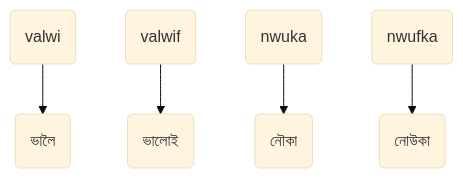
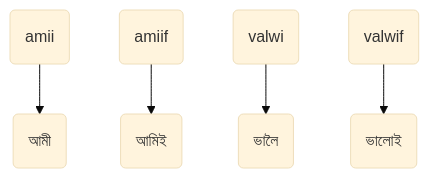
Before and after one commit to KhiproTeam/khipro: the tenth of 30 diagrams in content/quickstart/_index.md, drawn with Mermaid (base theme). The commit also changed other lines of this file, not shown here.

````diff
--- a/content/quickstart/_index.md
+++ b/content/quickstart/_index.md
@@ -162,7 +161,7 @@
 ```mermaid
 flowchart TD
+e(amii) --> f(আমী)
+g(amiif) --> h(আমিই)
 a(valwi) --> b(ভালৈ)
 c(valwif) --> d(ভালোই)
-e(nwuka) --> f(নৌকা)
-g(nwufka) --> h(নোউকা)
 ```
````
